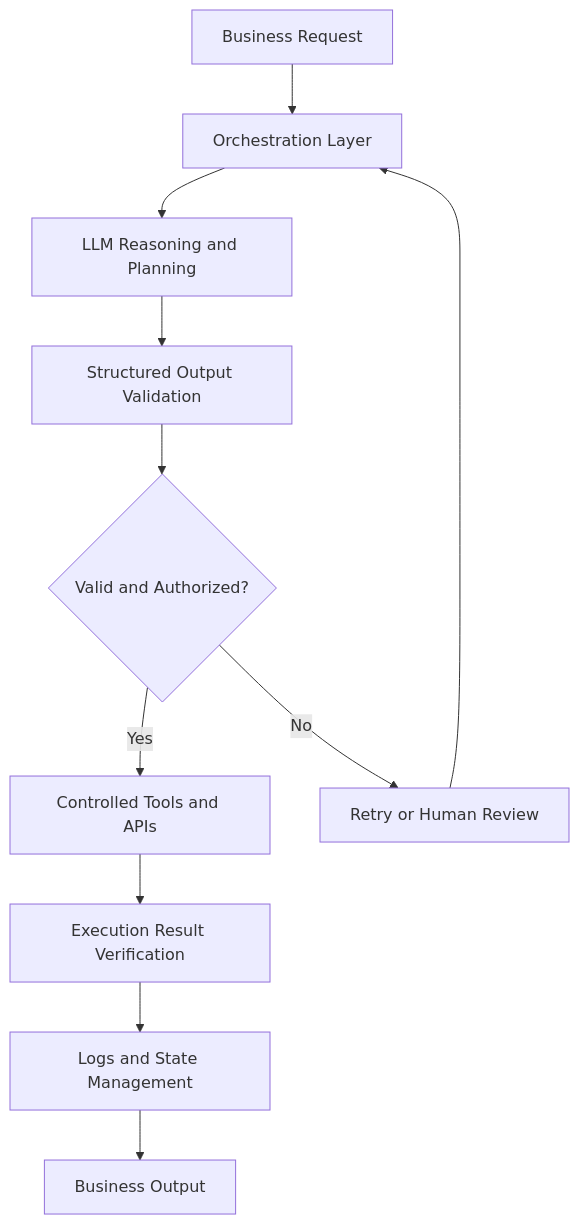
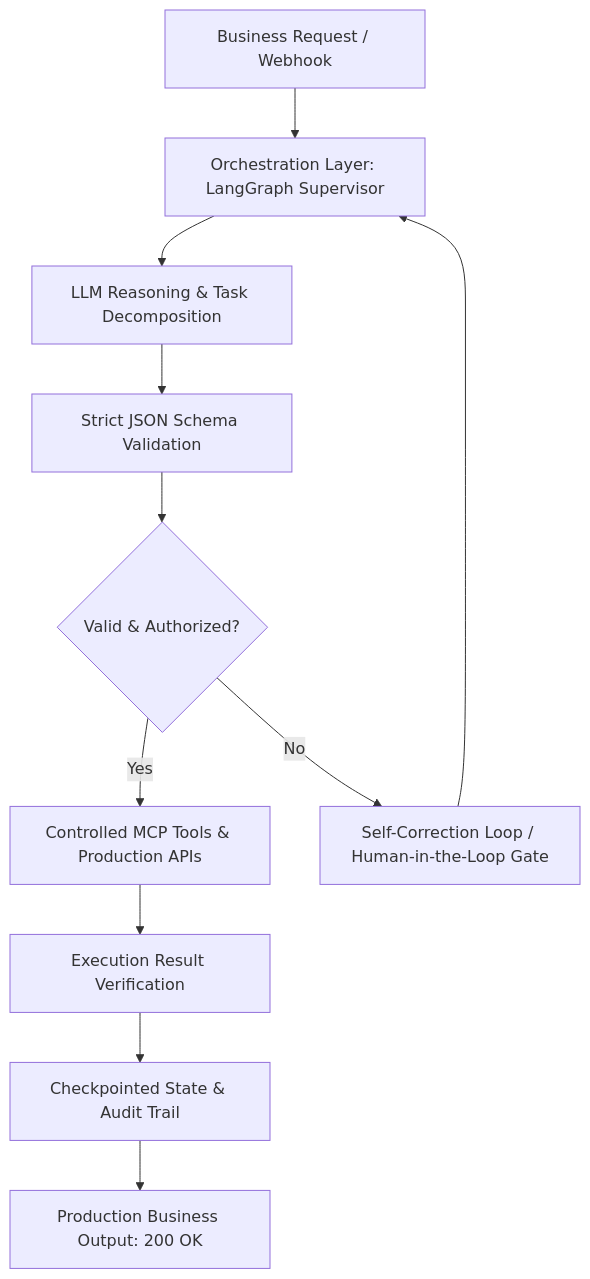
The diagram in README.md (vikrantkulle/vikrantkulle), drawn with Mermaid before and after one commit. The commit also changed other lines of this file and 2 other files, not shown here.

````diff
--- a/README.md
+++ b/README.md
@@ -96,13 +194,13 @@
 ```mermaid
 flowchart TD
-    A[Business Request] --> B[Orchestration Layer]
-    B --> C[LLM Reasoning and Planning]
-    C --> D[Structured Output Validation]
-    D --> E{Valid and Authorized?}
-    E -->|Yes| F[Controlled Tools and APIs]
-    E -->|No| G[Retry or Human Review]
+    A[Business Request / Webhook] --> B[Orchestration Layer: LangGraph Supervisor]
+    B --> C[LLM Reasoning & Task Decomposition]
+    C --> D[Strict JSON Schema Validation]
+    D --> E{Valid & Authorized?}
+    E -->|Yes| F[Controlled MCP Tools & Production APIs]
+    E -->|No| G[Self-Correction Loop / Human-in-the-Loop Gate]
     G --> B
     F --> H[Execution Result Verification]
-    H --> I[Logs and State Management]
-    I --> J[Business Output]
+    H --> I[Checkpointed State & Audit Trail]
+    I --> J[Production Business Output: 200 OK]
 ```
````
